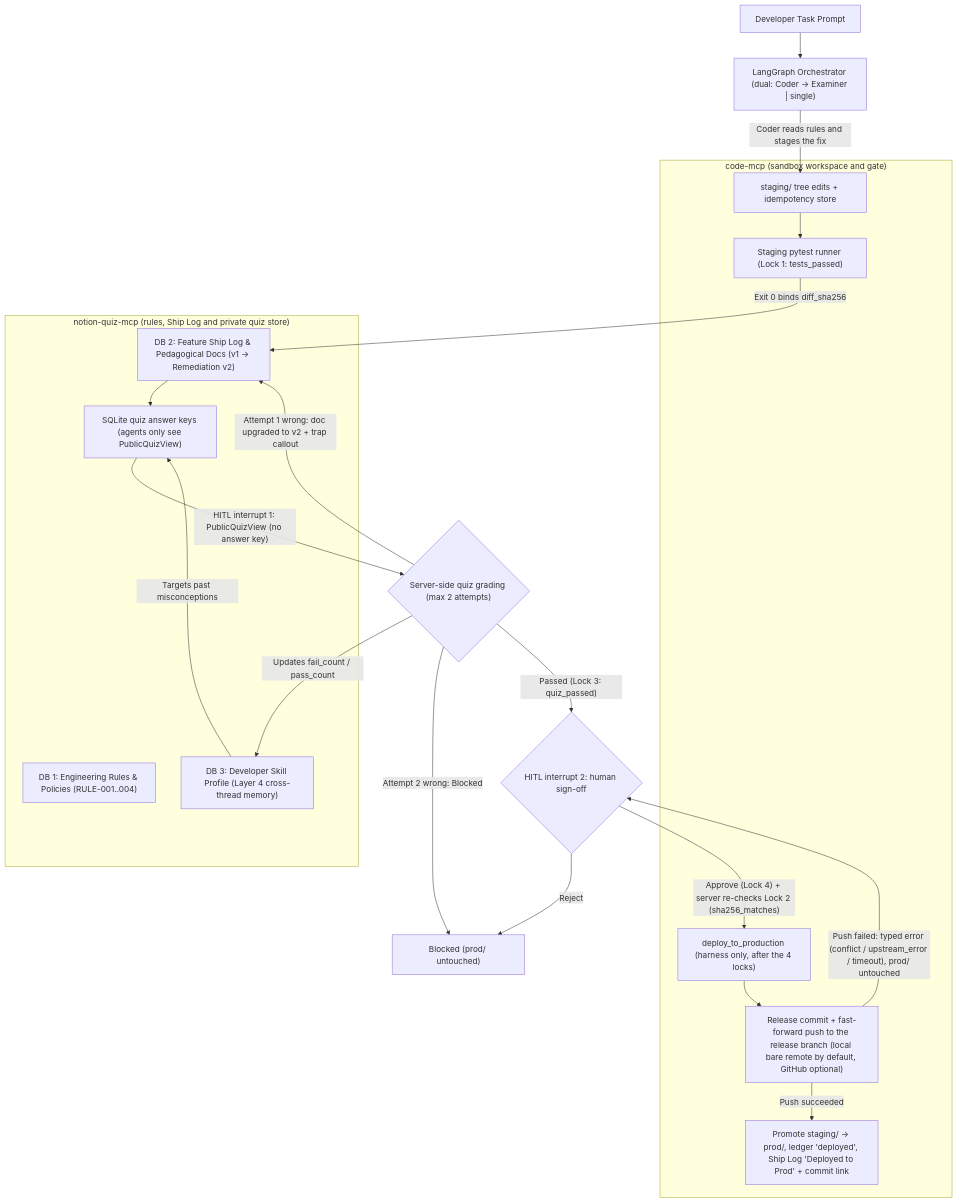
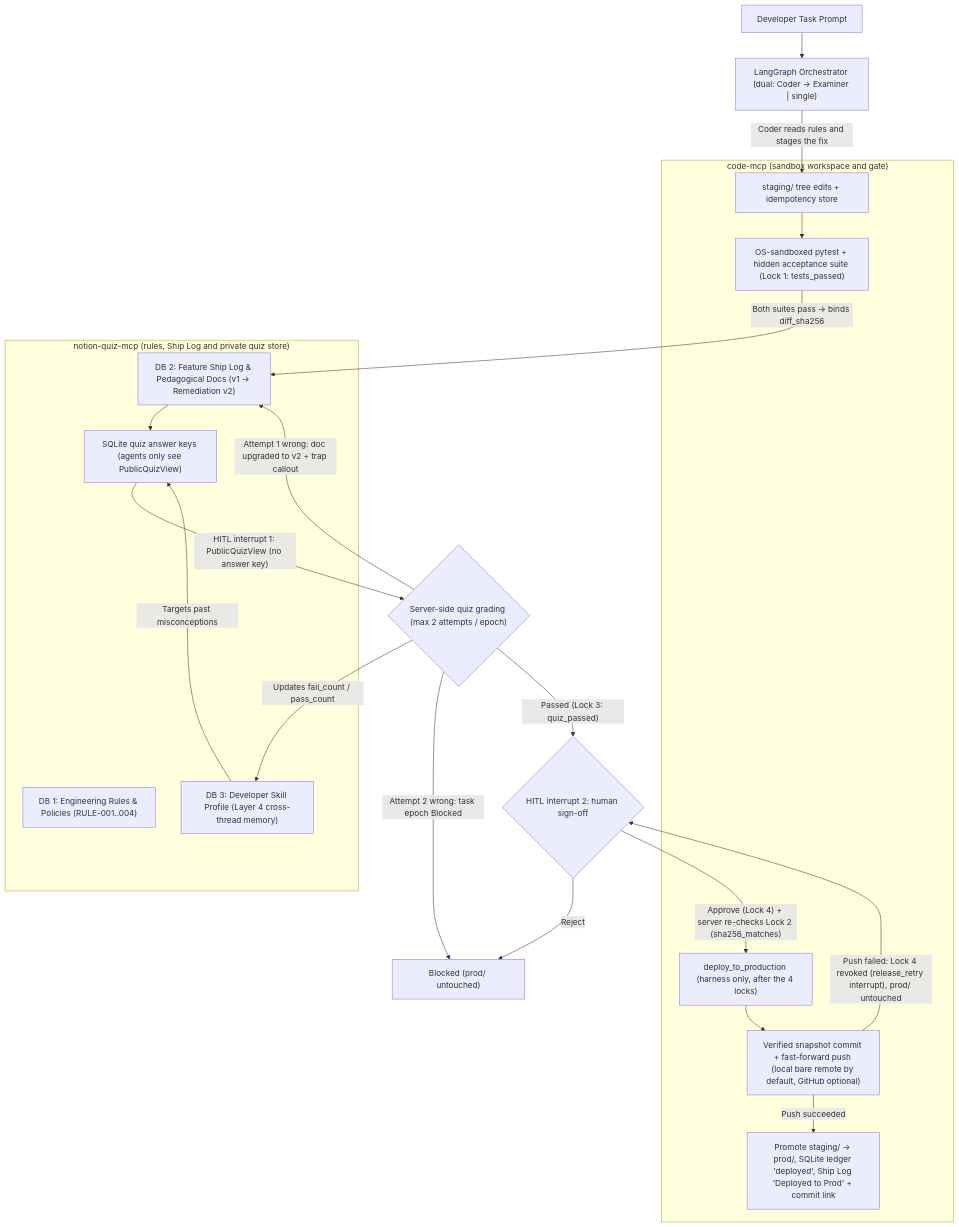
Before and after one commit to jbouniol/no-quiz-no-prod: the diagram in README.md, drawn with Mermaid. The commit also changed other lines of this file and 2 other files, not shown here.

First line of the commit message:
docs(readme,env): align README and .env.example with hardened architecture, archived evals, and CI; drop mypy ratchet

````diff
--- a/README.md
+++ b/README.md
@@ -9,37 +9,37 @@
 ```mermaid
 flowchart TD
     Dev["Developer Task Prompt"] --> Graph["LangGraph Orchestrator (dual: Coder -> Examiner | single)"]
 
     subgraph MCP1["code-mcp (sandbox workspace and gate)"]
         Stage["staging/ tree edits + idempotency store"]
-        Pytest["Staging pytest runner (Lock 1: tests_passed)"]
+        Pytest["OS-sandboxed pytest + hidden acceptance suite (Lock 1: tests_passed)"]
         Deploy["deploy_to_production (harness only, after the 4 locks)"]
-        Push["Release commit + fast-forward push to the release branch (local bare remote by default, GitHub optional)"]
-        Promote["Promote staging/ -> prod/, ledger 'deployed', Ship Log 'Deployed to Prod' + commit link"]
+        Push["Verified snapshot commit + fast-forward push (local bare remote by default, GitHub optional)"]
+        Promote["Promote staging/ -> prod/, SQLite ledger 'deployed', Ship Log 'Deployed to Prod' + commit link"]
     end
 
     subgraph MCP2["notion-quiz-mcp (rules, Ship Log and private quiz store)"]
         Rules["DB 1: Engineering Rules & Policies (RULE-001..004)"]
         ShipLog["DB 2: Feature Ship Log & Pedagogical Docs (v1 -> Remediation v2)"]
         QuizVault["SQLite quiz answer keys (agents only see PublicQuizView)"]
         SkillDB["DB 3: Developer Skill Profile (Layer 4 cross-thread memory)"]
     end
 
     Graph -->|"Coder reads rules and stages the fix"| Stage
     Stage --> Pytest
-    Pytest -->|"Exit 0 binds diff_sha256"| ShipLog
+    Pytest -->|"Both suites pass -> binds diff_sha256"| ShipLog
     SkillDB -->|"Targets past misconceptions"| QuizVault
     ShipLog --> QuizVault
 
-    QuizVault -->|"HITL interrupt 1: PublicQuizView (no answer key)"| QuizGate{"Server-side quiz grading (max 2 attempts)"}
+    QuizVault -->|"HITL interrupt 1: PublicQuizView (no answer key)"| QuizGate{"Server-side quiz grading (max 2 attempts / epoch)"}
     QuizGate -->|"Attempt 1 wrong: doc upgraded to v2 + trap callout"| ShipLog
-    QuizGate -->|"Attempt 2 wrong: Blocked"| Blocked["Blocked (prod/ untouched)"]
+    QuizGate -->|"Attempt 2 wrong: task epoch Blocked"| Blocked["Blocked (prod/ untouched)"]
     QuizGate -->|"Passed (Lock 3: quiz_passed)"| ApprovalGate{"HITL interrupt 2: human sign-off"}
 
     ApprovalGate -->|"Reject"| Blocked
     ApprovalGate -->|"Approve (Lock 4) + server re-checks Lock 2 (sha256_matches)"| Deploy
     Deploy --> Push
     Push -->|"Push succeeded"| Promote
-    Push -->|"Push failed: typed error (conflict / upstream_error / timeout), prod/ untouched"| ApprovalGate
+    Push -->|"Push failed: Lock 4 revoked (release_retry interrupt), prod/ untouched"| ApprovalGate
     QuizGate -->|"Updates fail_count / pass_count"| SkillDB
 ```
````
